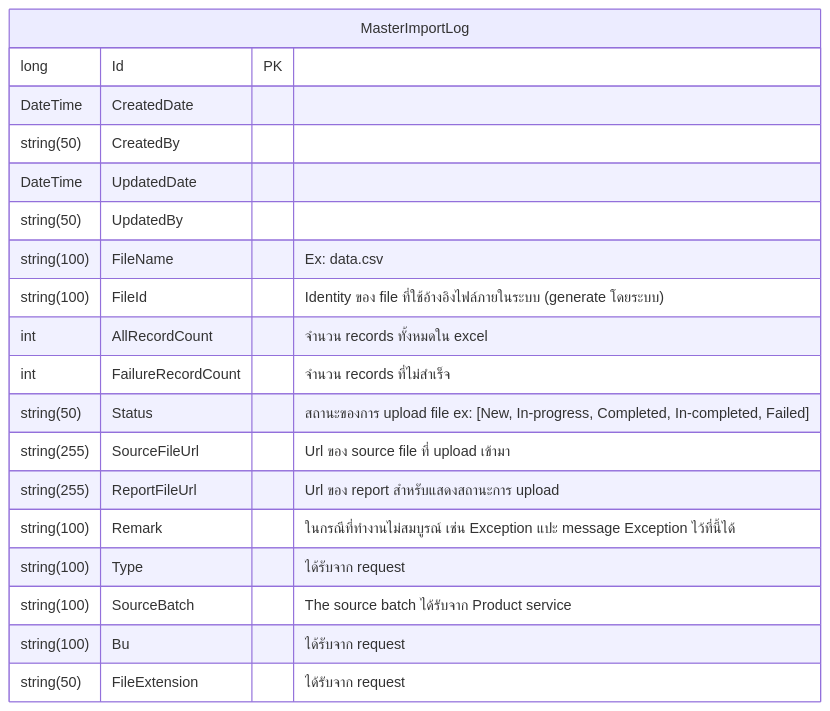
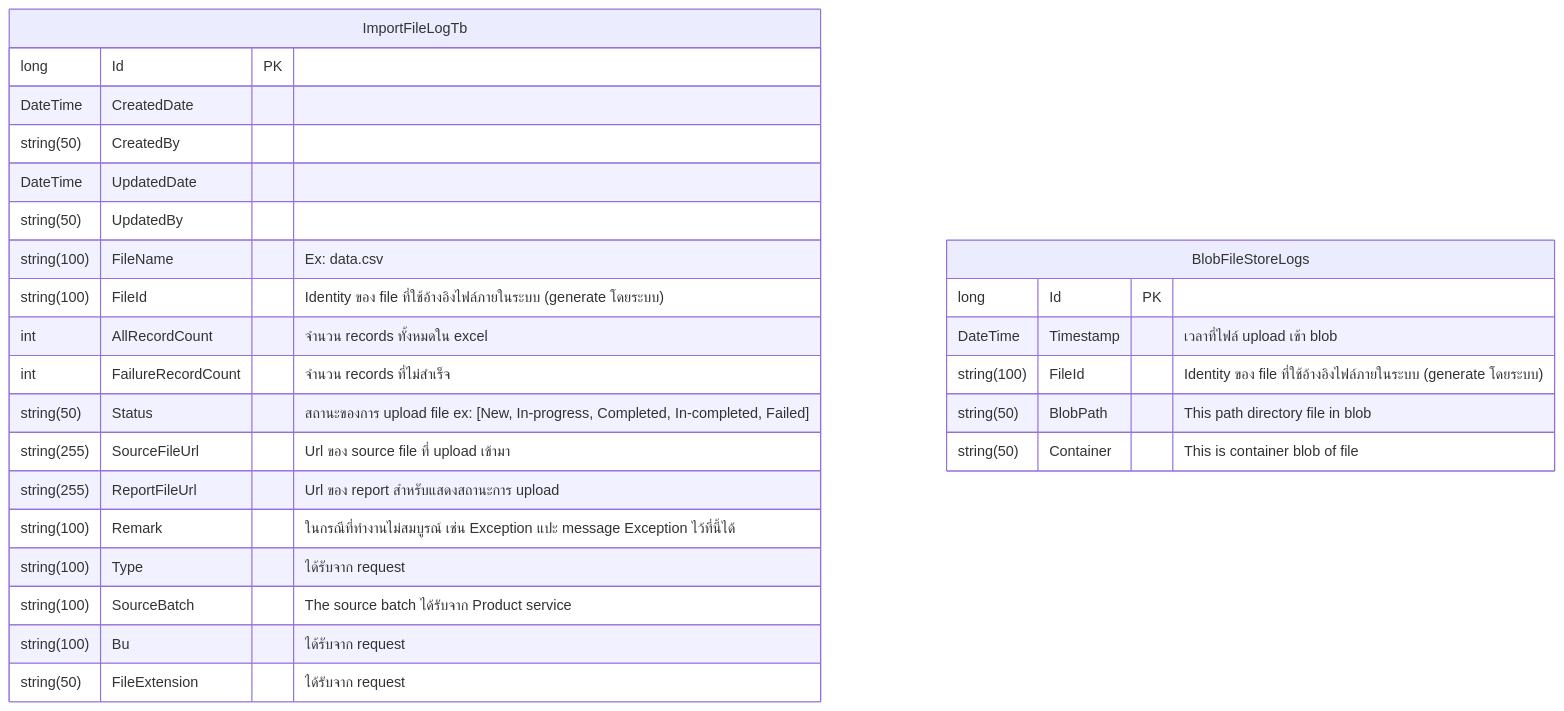
Before and after one commit to rosered11/org_document: the diagram in SPC/CRL/ER-diagram.md, drawn with Mermaid. The commit also changed 1 other file, not shown here.

Commit message:
update spec CRL

````diff
--- a/SPC/CRL/ER-diagram.md
+++ b/SPC/CRL/ER-diagram.md
@@ -1,22 +1,29 @@
 ```mermaid
 erDiagram
-    MasterImportLog {
+    ImportFileLogTb {
         long Id PK
         DateTime CreatedDate
         string(50) CreatedBy
         DateTime UpdatedDate
         string(50) UpdatedBy
         string(100) FileName "Ex: data.csv"
         string(100) FileId "Identity ของ file ที่ใช้อ้างอิงไฟล์ภายในระบบ (generate โดยระบบ)"
         int AllRecordCount "จำนวน records ทั้งหมดใน excel"
         int FailureRecordCount "จำนวน records ที่ไม่สำเร็จ"
         string(50) Status "สถานะของการ upload file ex: [New, In-progress, Completed, In-completed, Failed]"
         string(255) SourceFileUrl "Url ของ source file ที่ upload เข้ามา"
         string(255) ReportFileUrl "Url ของ report สำหรับแสดงสถานะการ upload"
         string(100) Remark "ในกรณีที่ทำงานไม่สมบูรณ์ เช่น Exception แปะ message Exception ไว้ที่นี้ได้"
         string(100) Type "ได้รับจาก request"
         string(100) SourceBatch "The source batch ได้รับจาก Product service"
         string(100) Bu "ได้รับจาก request"
         string(50) FileExtension "ได้รับจาก request"
     }
+    BlobFileStoreLogs {
+        long Id PK
+        DateTime Timestamp "เวลาที่ไฟล์ upload เข้า blob"
+        string(100) FileId "Identity ของ file ที่ใช้อ้างอิงไฟล์ภายในระบบ (generate โดยระบบ)"
+        string(50) BlobPath "This path directory file in blob"
+        string(50) Container "This is container blob of file"
+    }
 ```
````
